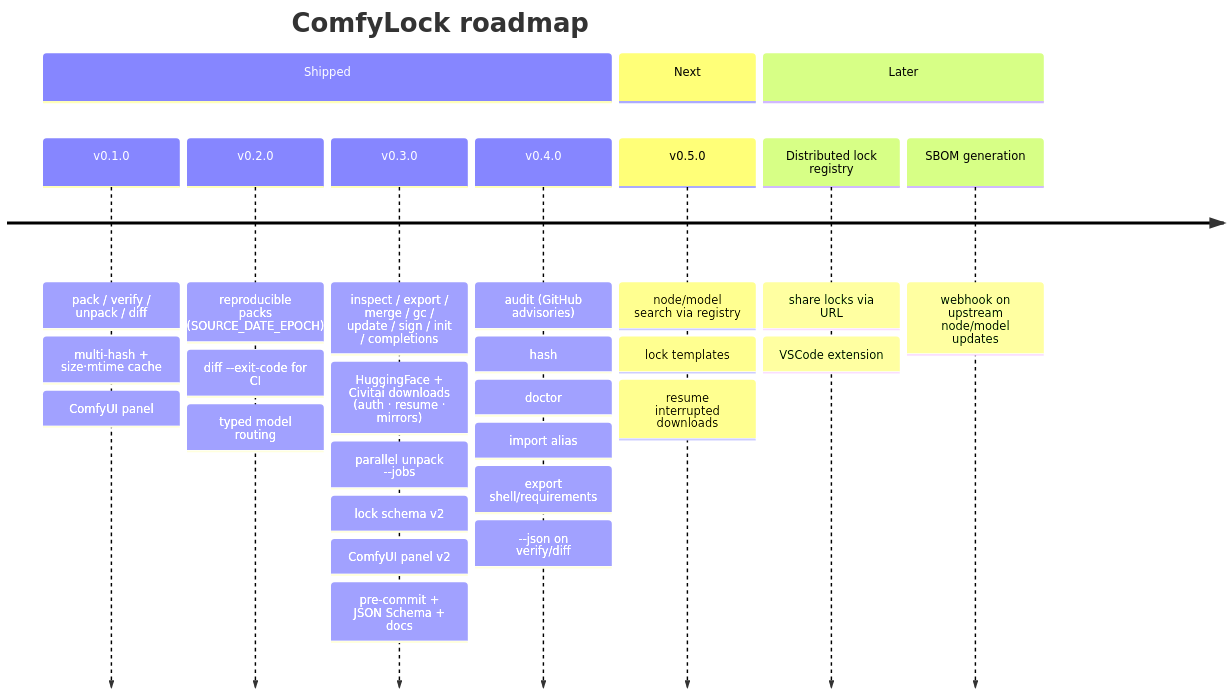
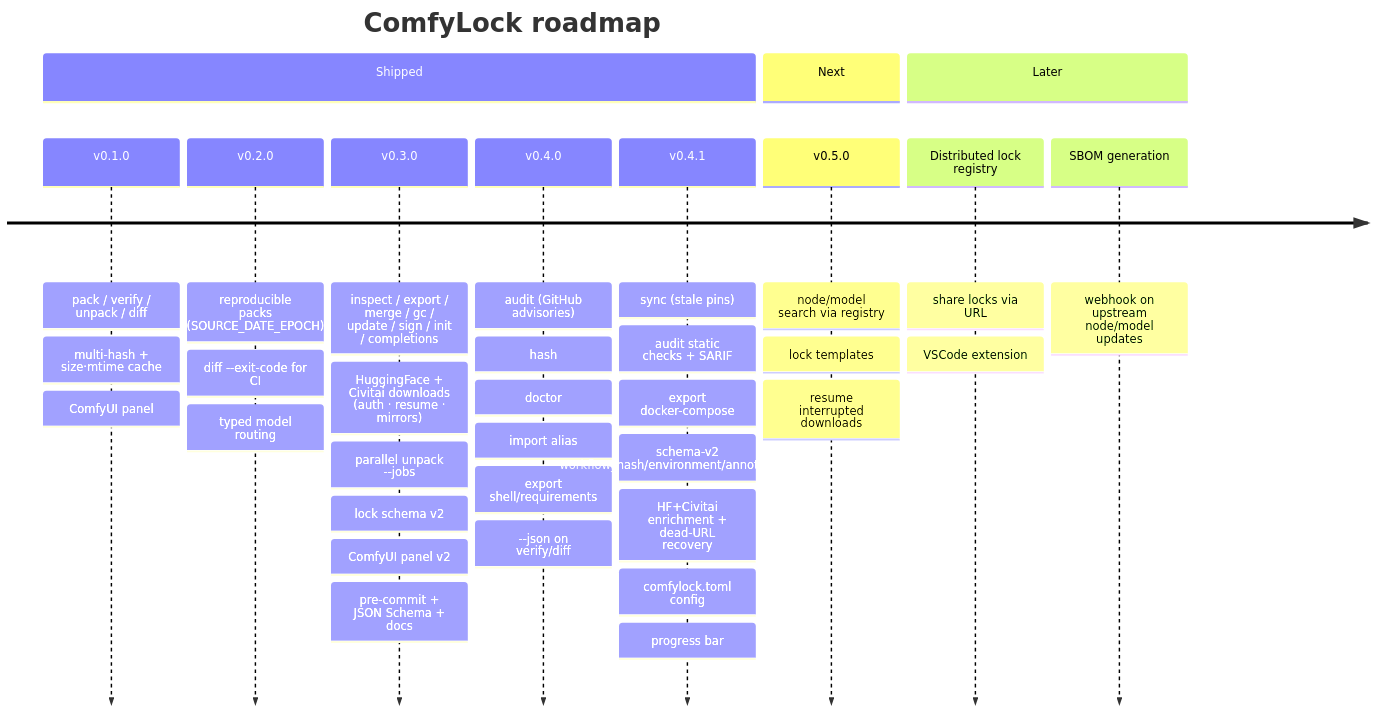
Before and after one commit to theot44240-tech/comfylock: the second of 2 diagrams in README.md, drawn with Mermaid. The commit also changed other lines of this file and 29 other files, not shown here.

First line of the commit message:
feat: ComfyLock v0.4.1 — sync, audit SARIF, schema-v2 fields, enrich, config

````diff
--- a/README.md
+++ b/README.md
@@ -544,14 +586,15 @@
 ```mermaid
 timeline
     title ComfyLock roadmap
     section Shipped
         v0.1.0 : pack / verify / unpack / diff : multi-hash + size·mtime cache : ComfyUI panel
         v0.2.0 : reproducible packs (SOURCE_DATE_EPOCH) : diff --exit-code for CI : typed model routing
         v0.3.0 : inspect / export / merge / gc / update / sign / init / completions : HuggingFace + Civitai downloads (auth · resume · mirrors) : parallel unpack --jobs : lock schema v2 : ComfyUI panel v2 : pre-commit + JSON Schema + docs
         v0.4.0 : audit (GitHub advisories) : hash : doctor : import alias : export shell/requirements : --json on verify/diff
+        v0.4.1 : sync (stale pins) : audit static checks + SARIF : export docker-compose : schema-v2 workflow_hash/environment/annotations/pip : HF+Civitai enrichment + dead-URL recovery : comfylock.toml config : progress bar
     section Next
         v0.5.0 : node/model search via registry : lock templates : resume interrupted downloads
     section Later
         Distributed lock registry : share locks via URL : VSCode extension
         SBOM generation : webhook on upstream node/model updates
 ```
````
